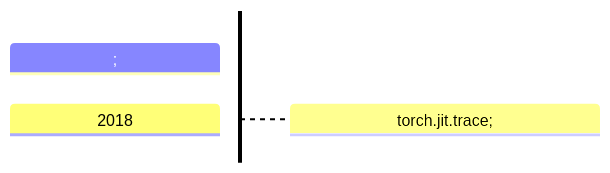
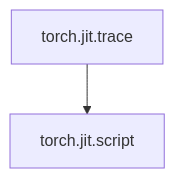
One commit to yuehniu/homepage changed the diagram in _posts/2025-11-02-torchfx.md. Above: the diagram before and after it, drawn with Mermaid.

Commit message:
Blog: PyTorch Graph and Tracing

````diff
--- a/_posts/2025-11-02-torchfx.md
+++ b/_posts/2025-11-02-torchfx.md
@@ -22,4 +22,4 @@
 ```mermaid
-timeline TD;
-    2018 : torch.jit.trace;
+graph TD;
+    torch.jit.trace-->torch.jit.script;
 ```
````
